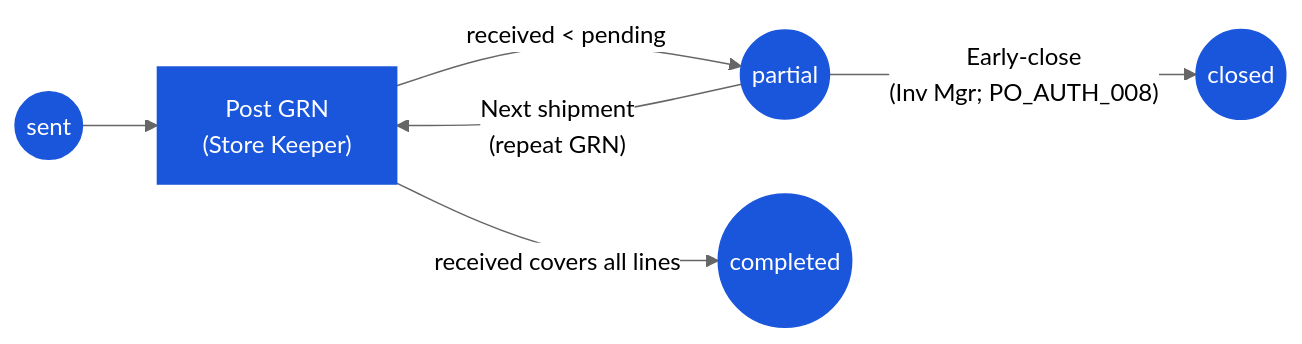
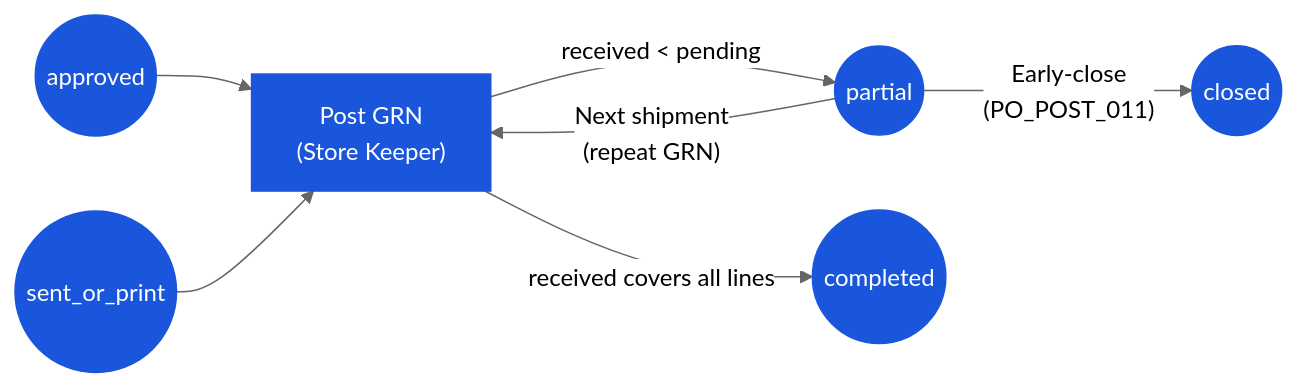
One commit to CarmenSoftware-organization/carmen-wiki changed the diagram in en/inventory/purchase-order/03-user-flow-receiver.md. Above: the diagram before and after it, drawn with Mermaid (neutral theme). The commit also changed other lines of this file and 19 other files, not shown here.

First line of the commit message:
docs(inventory): re-sync Purchase Order + Credit Note to HEAD (approved / sent_or_print, one row per location, CN validation)

````diff
--- a/en/inventory/purchase-order/03-user-flow-receiver.md
+++ b/en/inventory/purchase-order/03-user-flow-receiver.md
@@ -23,9 +23,10 @@
 ```mermaid
 graph LR
-    sent(("sent")):::current --> grn["Post GRN<br/>(Store Keeper)"]:::current
+    approved(("approved")):::current --> grn["Post GRN<br/>(Store Keeper)"]:::current
+    sent(("sent_or_print")):::current --> grn
     grn -->|"received < pending"| partial(("partial")):::current
     grn -->|"received covers all lines"| completed(("completed")):::current
     partial -->|"Next shipment<br/>(repeat GRN)"| grn
-    partial -->|"Early-close<br/>(Inv Mgr; PO_AUTH_008)"| closed(("closed")):::current
+    partial -->|"Early-close<br/>(PO_POST_011)"| closed(("closed")):::current
     classDef current fill:#1a56db,color:#fff,stroke:#1a56db;
 ```
````
